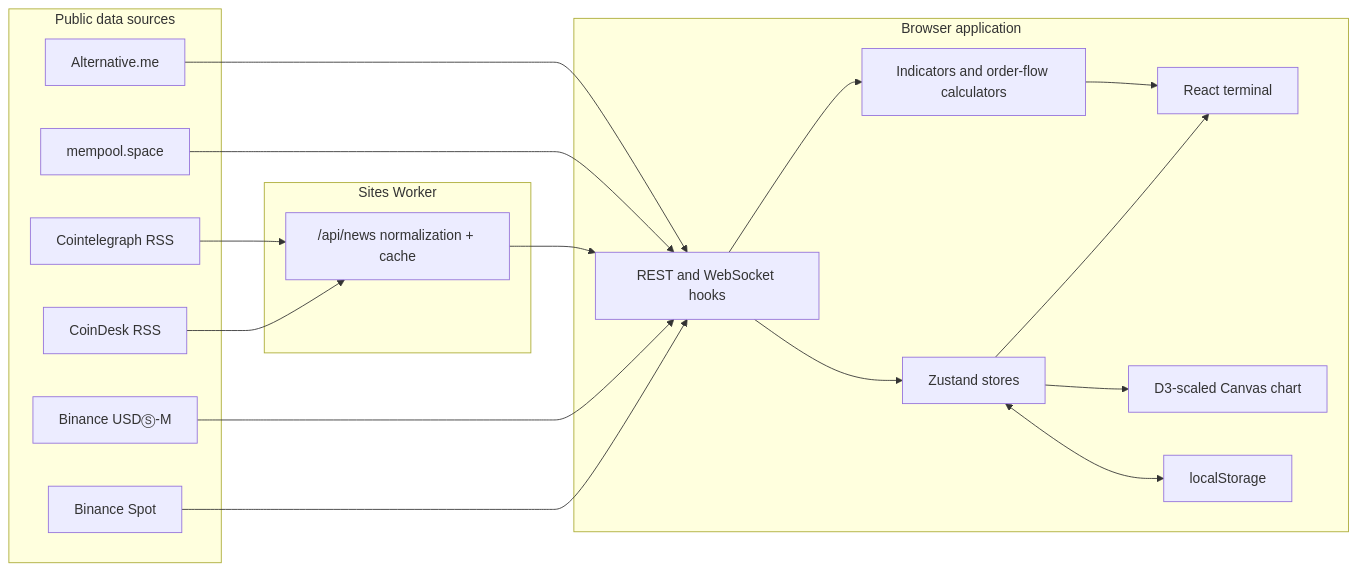
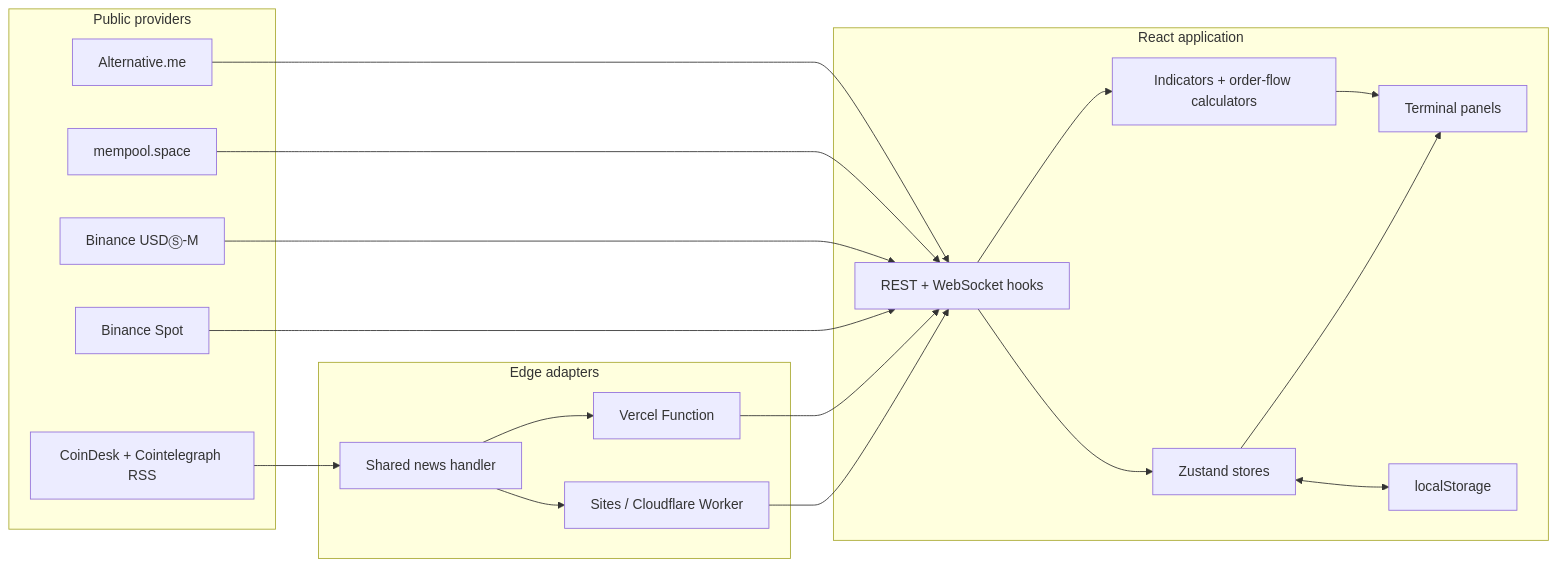
One commit to JWHaan/quant.term changed the first of 2 diagrams in ARCHITECTURE.md. Above: the diagram before and after it, drawn with Mermaid. The commit also changed other lines of this file and 143 other files, not shown here.

````diff
--- a/ARCHITECTURE.md
+++ b/ARCHITECTURE.md
@@ -7,38 +7,39 @@
-```mermaid
+~~~mermaid
 flowchart LR
-    subgraph Sources["Public data sources"]
+    subgraph Sources["Public providers"]
         BS["Binance Spot"]
         BF["Binance USDⓈ-M"]
-        CD["CoinDesk RSS"]
-        CT["Cointelegraph RSS"]
+        RSS["CoinDesk + Cointelegraph RSS"]
         MP["mempool.space"]
         FG["Alternative.me"]
     end
 
-    subgraph Edge["Sites Worker"]
-        News["/api/news normalization + cache"]
+    subgraph Edge["Edge adapters"]
+        News["Shared news handler"]
+        Sites["Sites / Cloudflare Worker"]
+        Vercel["Vercel Function"]
     end
 
-    subgraph Browser["Browser application"]
-        Feeds["REST and WebSocket hooks"]
+    subgraph Browser["React application"]
+        Feeds["REST + WebSocket hooks"]
         Stores["Zustand stores"]
-        Calc["Indicators and order-flow calculators"]
-        UI["React terminal"]
-        Chart["D3-scaled Canvas chart"]
+        Calc["Indicators + order-flow calculators"]
+        UI["Terminal panels"]
         Local["localStorage"]
     end
 
+    RSS --> News
+    News --> Sites
+    News --> Vercel
+    Sites --> Feeds
+    Vercel --> Feeds
     BS --> Feeds
     BF --> Feeds
-    CD --> News
-    CT --> News
-    News --> Feeds
     MP --> Feeds
     FG --> Feeds
     Feeds --> Stores
     Feeds --> Calc
     Stores --> UI
     Calc --> UI
-    Stores --> Chart
     Stores <--> Local
-```
+~~~
````
